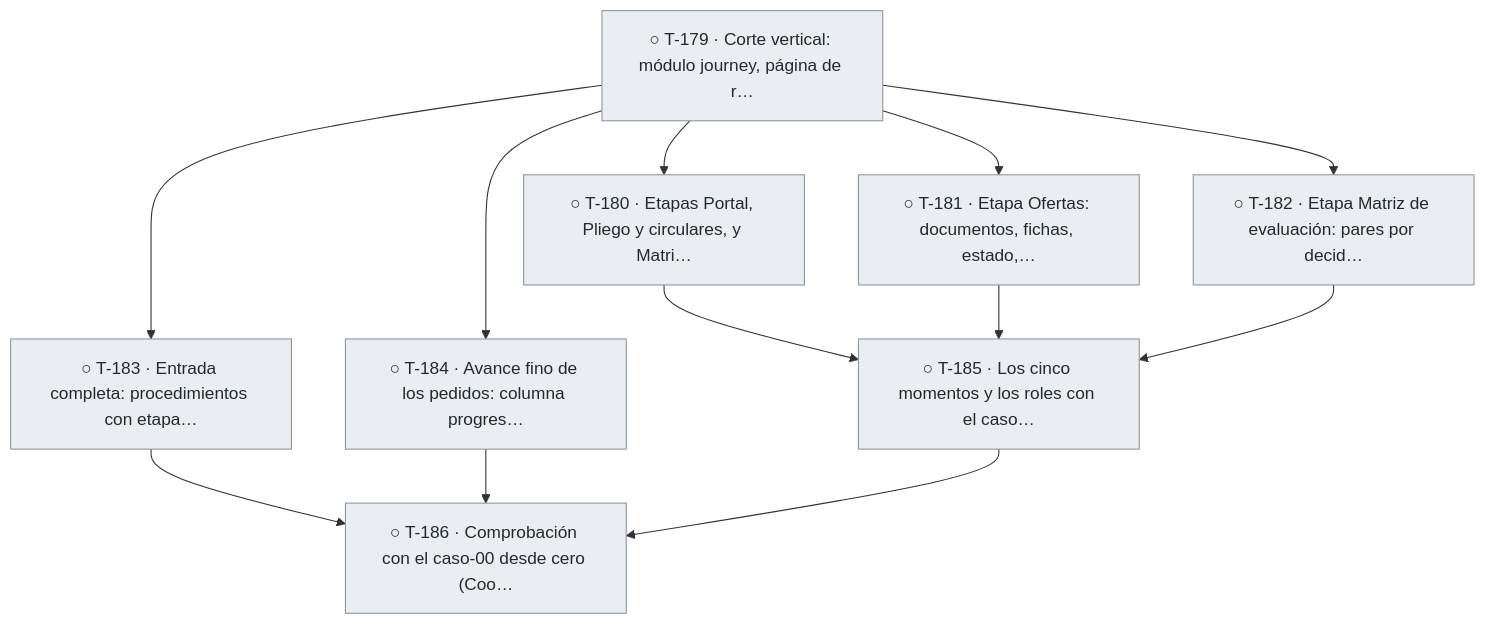
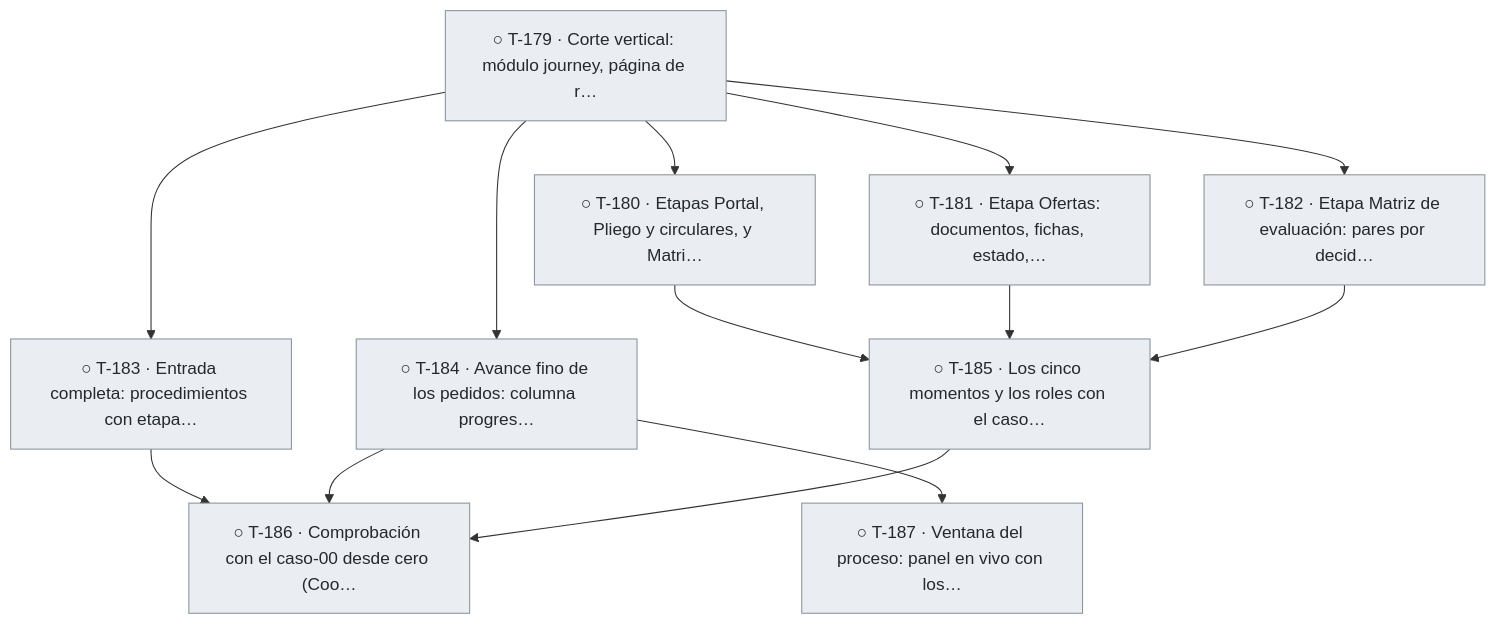
Diagram 13 of 13 in docs/tablero.md (snavello/EVALUON), drawn with Mermaid before and after one commit. The commit also changed other lines of this file and 4 other files, not shown here.

Commit message:
gestión: plan 013 aprobado con las decisiones del responsable (REQ-070 a REQ-072, T-187)

````diff
--- a/docs/tablero.md
+++ b/docs/tablero.md
@@ -977,27 +978,29 @@
 ```mermaid
 flowchart TD
   T179["○ T-179 · Corte vertical: módulo journey, página de r…"]:::todo
   T180["○ T-180 · Etapas Portal, Pliego y circulares, y Matri…"]:::todo
   T181["○ T-181 · Etapa Ofertas: documentos, fichas, estado,…"]:::todo
   T182["○ T-182 · Etapa Matriz de evaluación: pares por decid…"]:::todo
   T183["○ T-183 · Entrada completa: procedimientos con etapa…"]:::todo
   T184["○ T-184 · Avance fino de los pedidos: columna progres…"]:::todo
+  T187["○ T-187 · Ventana del proceso: panel en vivo con los…"]:::todo
   T185["○ T-185 · Los cinco momentos y los roles con el caso…"]:::todo
   T186["○ T-186 · Comprobación con el caso-00 desde cero (Coo…"]:::todo
   T179 --> T180
   T179 --> T181
   T179 --> T182
   T179 --> T183
   T179 --> T184
+  T184 --> T187
   T180 --> T185
   T181 --> T185
   T182 --> T185
   T183 --> T186
   T184 --> T186
   T185 --> T186
   classDef done fill:#1a7f37,stroke:#116329,color:#ffffff
   classDef review fill:#0969da,stroke:#0550ae,color:#ffffff
   classDef active fill:#bf8700,stroke:#7d4e00,color:#ffffff
   classDef blocked fill:#cf222e,stroke:#a40e26,color:#ffffff
   classDef todo fill:#eaeef2,stroke:#8c959f,color:#24292f
 ```
````
